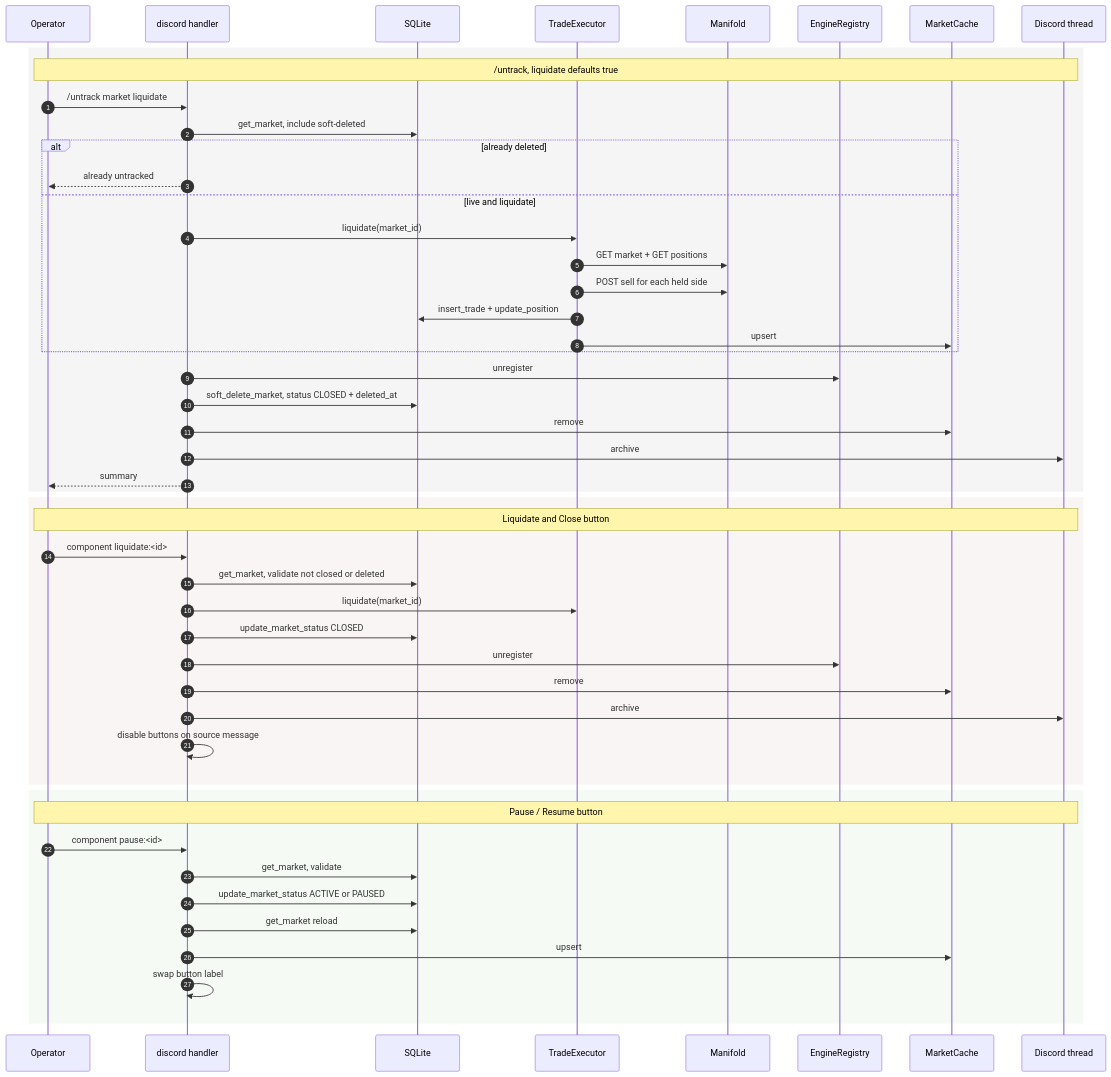
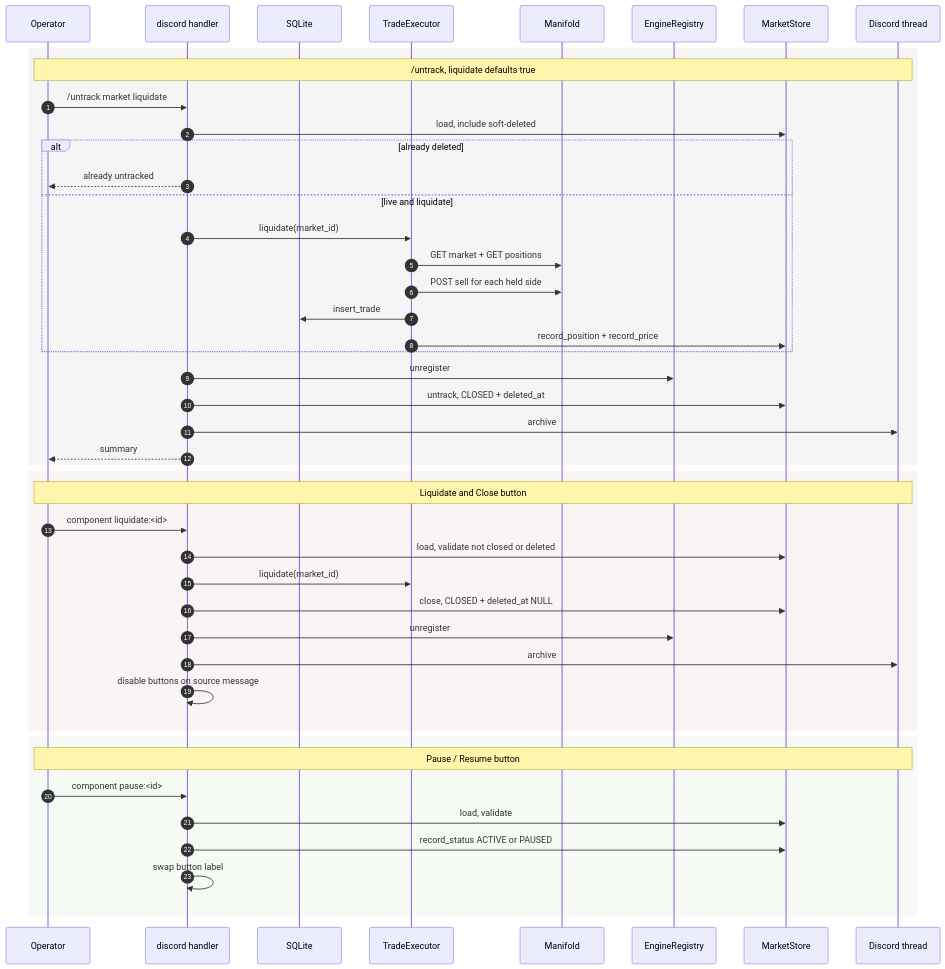
The sixth of 7 diagrams in docs/ARCHITECTURE.md (podikoglou/manif0ld), drawn with Mermaid before and after one commit. The commit also changed other lines of this file and 1 other file, not shown here.

First line of the commit message:
docs: record market state ownership

````diff
--- a/docs/ARCHITECTURE.md
+++ b/docs/ARCHITECTURE.md
@@ -622,54 +671,50 @@
 ```mermaid
 sequenceDiagram
     autonumber
     participant OP as Operator
     participant D as discord handler
     participant DB as SQLite
     participant EX as TradeExecutor
     participant MA as Manifold
     participant RG as EngineRegistry
-    participant CA as MarketCache
+    participant ST as MarketStore
     participant TH as Discord thread
 
     rect rgb(245, 245, 245)
     note over OP,TH: /untrack, liquidate defaults true
     OP->>D: /untrack market liquidate
-    D->>DB: get_market, include soft-deleted
+    D->>ST: load, include soft-deleted
     alt already deleted
         D-->>OP: already untracked
     else live and liquidate
         D->>EX: liquidate(market_id)
         EX->>MA: GET market + GET positions
         EX->>MA: POST sell for each held side
-        EX->>DB: insert_trade + update_position
-        EX->>CA: upsert
+        EX->>DB: insert_trade
+        EX->>ST: record_position + record_price
     end
     D->>RG: unregister
-    D->>DB: soft_delete_market, status CLOSED + deleted_at
-    D->>CA: remove
+    D->>ST: untrack, CLOSED + deleted_at
     D->>TH: archive
     D-->>OP: summary
     end
 
     rect rgb(250, 245, 245)
     note over OP,TH: Liquidate and Close button
     OP->>D: component liquidate:<id>
-    D->>DB: get_market, validate not closed or deleted
+    D->>ST: load, validate not closed or deleted
     D->>EX: liquidate(market_id)
-    D->>DB: update_market_status CLOSED
+    D->>ST: close, CLOSED + deleted_at NULL
     D->>RG: unregister
-    D->>CA: remove
     D->>TH: archive
     D->>D: disable buttons on source message
     end
 
     rect rgb(245, 250, 245)
     note over OP,TH: Pause / Resume button
     OP->>D: component pause:<id>
-    D->>DB: get_market, validate
-    D->>DB: update_market_status ACTIVE or PAUSED
-    D->>DB: get_market reload
-    D->>CA: upsert
+    D->>ST: load, validate
+    D->>ST: record_status ACTIVE or PAUSED
     D->>D: swap button label
     end
 ```
````
